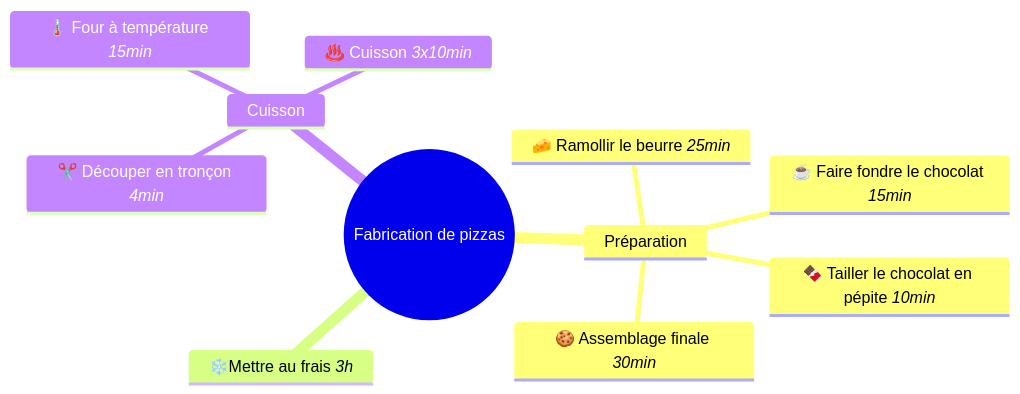
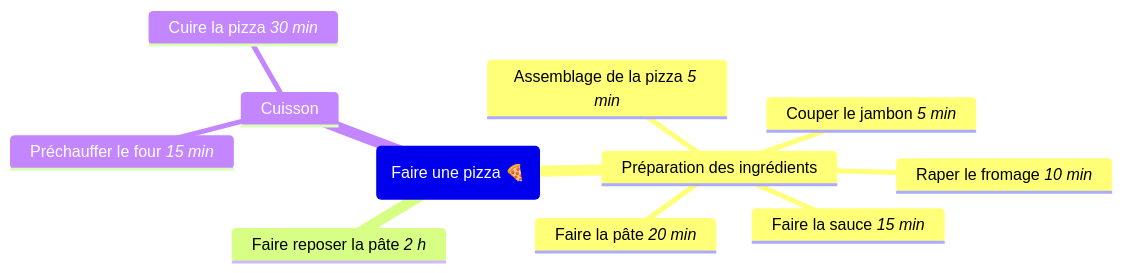
The first of 6 diagrams in README.md (breuzal/TpGestionProjet), drawn with Mermaid before and after one commit.

````diff
--- a/README.md
+++ b/README.md
@@ -70,14 +70,14 @@
 ```mermaid
 mindmap
-  root((Fabrication de pizzas))
-    Préparation
-        🧀 Ramollir le beurre *25min*
-        ☕ Faire fondre le chocolat *15min*
-        🍫 Tailler le chocolat en pépite *10min*
-        🍪 Assemblage finale *30min*
-    ❄️Mettre au frais *3h*
+  root(Faire une pizza 🍕)
+    Préparation des ingrédients 
+        Faire la pâte *20 min*
+        Faire la sauce *15 min*
+        Raper le fromage *10 min*
+        Couper le jambon *5 min*
+        Assemblage de la pizza *5 min*
+    Faire reposer la pâte *2 h*
     Cuisson
-        🌡️ Four à température *15min*
-        ✂️ Découper en tronçon *4min*
-        ♨️ Cuisson *3x10min*
+        Préchauffer le four *15 min*
+        Cuire la pizza *30 min*
 ```
````
